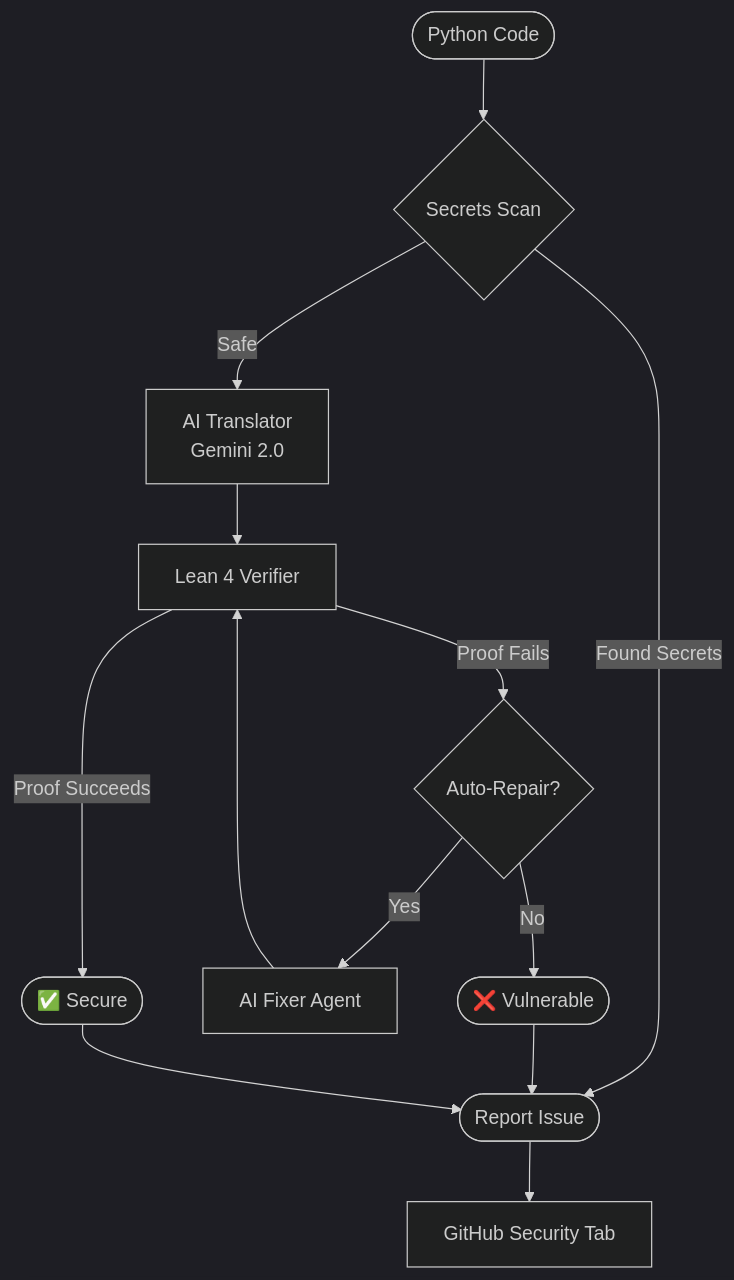
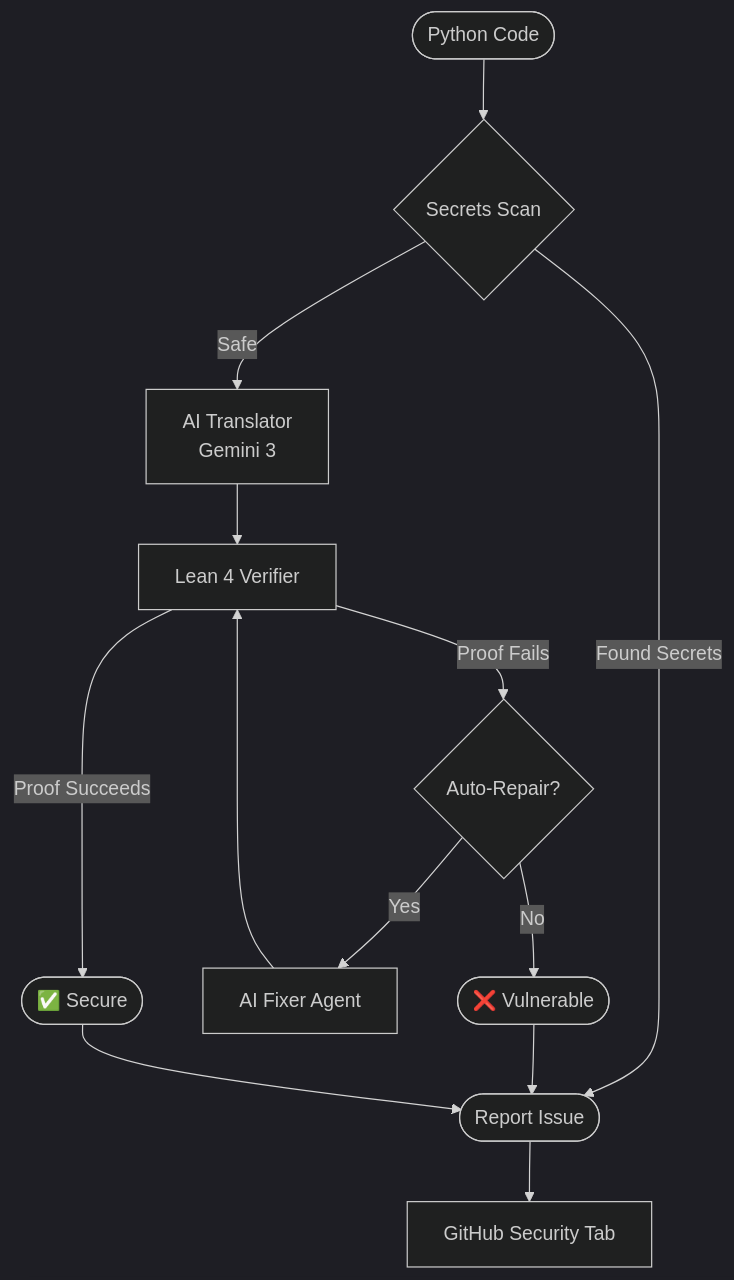
One commit to Platinum3nx/Argus changed the diagram in README.md. Above: the diagram before and after it, drawn with Mermaid (dark theme). The commit also changed other lines of this file, not shown here.

Commit message:
docs: Fix Gemini version to 3.0 Pro

````diff
--- a/README.md
+++ b/README.md
@@ -32,21 +32,21 @@
 ```mermaid
 flowchart TD
     Start([Python Code]) --> Scan{Secrets Scan}
     Scan -- Found Secrets --> Report([Report Issue])
-    Scan -- Safe --> Trans[AI Translator<br/>Gemini 2.0]
+    Scan -- Safe --> Trans[AI Translator<br/>Gemini 3]
     
     Trans --> Lean[Lean 4 Verifier]
     
     Lean -- Proof Succeeds --> Secure([✅ Secure])
     Lean -- Proof Fails --> Repair{Auto-Repair?}
     
     Repair -- Yes --> Fix[AI Fixer Agent]
     Fix --> Lean
     
     Repair -- No --> Vuln([❌ Vulnerable])
     
     Vuln --> Report
     Secure --> Report
     
     Report --> SARIF[GitHub Security Tab]
 ```
````
